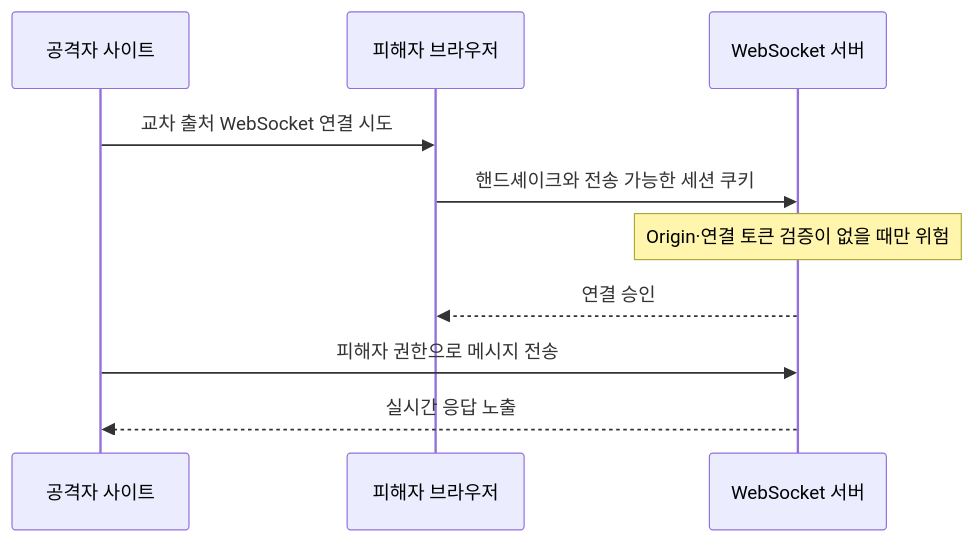
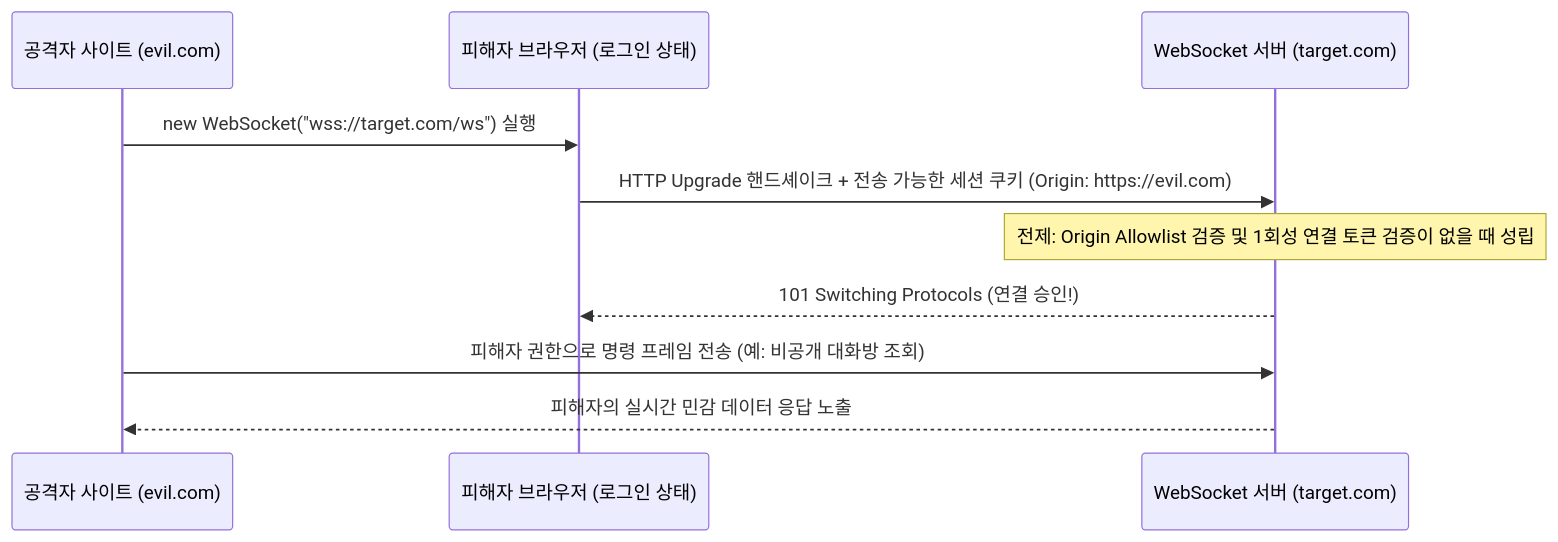
The second of 2 diagrams in content/웹취약점/웹 취약점 진단 — WebSocket·실시간 통신 보안.md (gooyong-sec/gooyong-sec.github.io), drawn with Mermaid before and after one commit. The commit also changed other lines of this file and 68 other files, not shown here.

````diff
--- a/content/웹취약점/웹 취약점 진단 — WebSocket·실시간 통신 보안.md
+++ b/content/웹취약점/웹 취약점 진단 — WebSocket·실시간 통신 보안.md
@@ -37,12 +72,12 @@
 ```mermaid
 sequenceDiagram
-    participant A as 공격자 사이트
-    participant B as 피해자 브라우저
-    participant W as WebSocket 서버
-    A->>B: 교차 출처 WebSocket 연결 시도
-    B->>W: 핸드셰이크와 전송 가능한 세션 쿠키
-    Note over W: Origin·연결 토큰 검증이 없을 때만 위험
-    W-->>B: 연결 승인
-    A->>W: 피해자 권한으로 메시지 전송
-    W-->>A: 실시간 응답 노출
+    participant A as 공격자 사이트 (evil.com)
+    participant B as 피해자 브라우저 (로그인 상태)
+    participant W as WebSocket 서버 (target.com)
+    A->>B: new WebSocket("wss://target.com/ws") 실행
+    B->>W: HTTP Upgrade 핸드셰이크 + 전송 가능한 세션 쿠키 (Origin: https://evil.com)
+    Note over W: 전제: Origin Allowlist 검증 및 1회성 연결 토큰 검증이 없을 때 성립
+    W-->>B: 101 Switching Protocols (연결 승인!)
+    A->>W: 피해자 권한으로 명령 프레임 전송 (예: 비공개 대화방 조회)
+    W-->>A: 피해자의 실시간 민감 데이터 응답 노출
 ```
````
